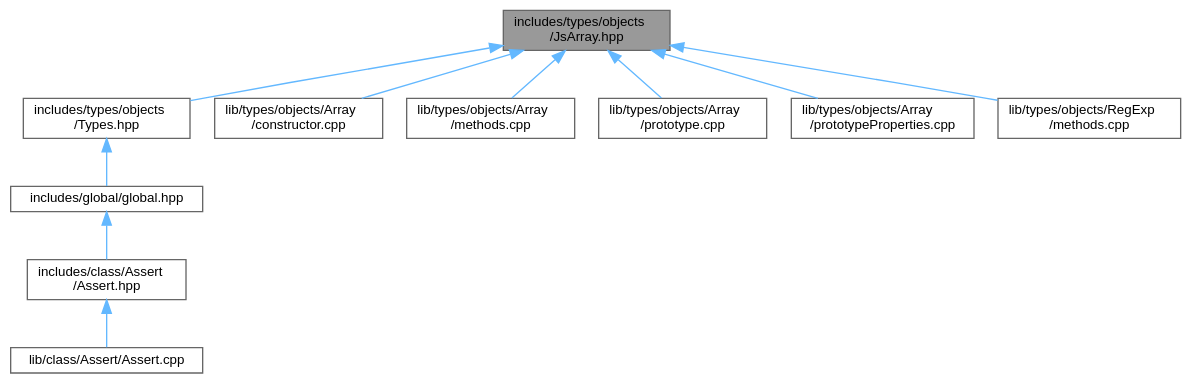
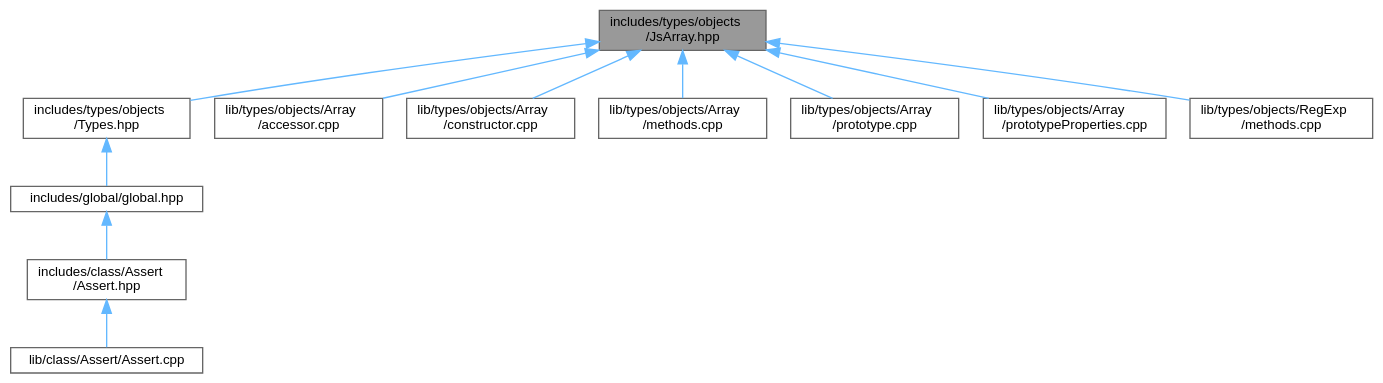
The diagram in JsArray_8hpp__dep__incl.dot (JS-CMP/JS-CMP), drawn with Graphviz before and after one commit. The commit also changed 122 other files, not shown here.

```diff
--- a/JsArray_8hpp__dep__incl.dot
+++ b/JsArray_8hpp__dep__incl.dot
@@ -1,26 +1,28 @@
 digraph "includes/types/objects/JsArray.hpp"
 {
  // LATEX_PDF_SIZE
   bgcolor="transparent";
   edge [fontname=Helvetica,fontsize=10,labelfontname=Helvetica,labelfontsize=10];
   node [fontname=Helvetica,fontsize=10,shape=box,height=0.2,width=0.4];
   Node1 [id="Node000001",label="includes/types/objects\l/JsArray.hpp",height=0.2,width=0.4,color="gray40", fillcolor="grey60", style="filled", fontcolor="black",tooltip=" "];
   Node1 -> Node2 [id="edge1_Node000001_Node000002",dir="back",color="steelblue1",style="solid",tooltip=" "];
   Node2 [id="Node000002",label="includes/types/objects\l/Types.hpp",height=0.2,width=0.4,color="grey40", fillcolor="white", style="filled",URL="$objects_2Types_8hpp.html",tooltip=" "];
   Node2 -> Node3 [id="edge2_Node000002_Node000003",dir="back",color="steelblue1",style="solid",tooltip=" "];
   Node3 [id="Node000003",label="includes/global/global.hpp",height=0.2,width=0.4,color="grey40", fillcolor="white", style="filled",URL="$global_8hpp.html",tooltip=" "];
   Node3 -> Node4 [id="edge3_Node000003_Node000004",dir="back",color="steelblue1",style="solid",tooltip=" "];
   Node4 [id="Node000004",label="includes/class/Assert\l/Assert.hpp",height=0.2,width=0.4,color="grey40", fillcolor="white", style="filled",URL="$Assert_8hpp.html",tooltip=" "];
   Node4 -> Node5 [id="edge4_Node000004_Node000005",dir="back",color="steelblue1",style="solid",tooltip=" "];
   Node5 [id="Node000005",label="lib/class/Assert/Assert.cpp",height=0.2,width=0.4,color="grey40", fillcolor="white", style="filled",URL="$Assert_8cpp.html",tooltip=" "];
   Node1 -> Node6 [id="edge5_Node000001_Node000006",dir="back",color="steelblue1",style="solid",tooltip=" "];
-  Node6 [id="Node000006",label="lib/types/objects/Array\l/constructor.cpp",height=0.2,width=0.4,color="grey40", fillcolor="white", style="filled",URL="$types_2objects_2Array_2constructor_8cpp.html",tooltip=" "];
+  Node6 [id="Node000006",label="lib/types/objects/Array\l/accessor.cpp",height=0.2,width=0.4,color="grey40", fillcolor="white", style="filled",URL="$types_2objects_2Array_2accessor_8cpp.html",tooltip=" "];
   Node1 -> Node7 [id="edge6_Node000001_Node000007",dir="back",color="steelblue1",style="solid",tooltip=" "];
-  Node7 [id="Node000007",label="lib/types/objects/Array\l/methods.cpp",height=0.2,width=0.4,color="grey40", fillcolor="white", style="filled",URL="$Array_2methods_8cpp.html",tooltip=" "];
+  Node7 [id="Node000007",label="lib/types/objects/Array\l/constructor.cpp",height=0.2,width=0.4,color="grey40", fillcolor="white", style="filled",URL="$types_2objects_2Array_2constructor_8cpp.html",tooltip=" "];
   Node1 -> Node8 [id="edge7_Node000001_Node000008",dir="back",color="steelblue1",style="solid",tooltip=" "];
-  Node8 [id="Node000008",label="lib/types/objects/Array\l/prototype.cpp",height=0.2,width=0.4,color="grey40", fillcolor="white", style="filled",URL="$Array_2prototype_8cpp.html",tooltip=" "];
+  Node8 [id="Node000008",label="lib/types/objects/Array\l/methods.cpp",height=0.2,width=0.4,color="grey40", fillcolor="white", style="filled",URL="$Array_2methods_8cpp.html",tooltip=" "];
   Node1 -> Node9 [id="edge8_Node000001_Node000009",dir="back",color="steelblue1",style="solid",tooltip=" "];
-  Node9 [id="Node000009",label="lib/types/objects/Array\l/prototypeProperties.cpp",height=0.2,width=0.4,color="grey40", fillcolor="white", style="filled",URL="$Array_2prototypeProperties_8cpp.html",tooltip=" "];
+  Node9 [id="Node000009",label="lib/types/objects/Array\l/prototype.cpp",height=0.2,width=0.4,color="grey40", fillcolor="white", style="filled",URL="$Array_2prototype_8cpp.html",tooltip=" "];
   Node1 -> Node10 [id="edge9_Node000001_Node000010",dir="back",color="steelblue1",style="solid",tooltip=" "];
-  Node10 [id="Node000010",label="lib/types/objects/RegExp\l/methods.cpp",height=0.2,width=0.4,color="grey40", fillcolor="white", style="filled",URL="$RegExp_2methods_8cpp.html",tooltip=" "];
+  Node10 [id="Node000010",label="lib/types/objects/Array\l/prototypeProperties.cpp",height=0.2,width=0.4,color="grey40", fillcolor="white", style="filled",URL="$Array_2prototypeProperties_8cpp.html",tooltip=" "];
+  Node1 -> Node11 [id="edge10_Node000001_Node000011",dir="back",color="steelblue1",style="solid",tooltip=" "];
+  Node11 [id="Node000011",label="lib/types/objects/RegExp\l/methods.cpp",height=0.2,width=0.4,color="grey40", fillcolor="white", style="filled",URL="$RegExp_2methods_8cpp.html",tooltip=" "];
 }
```
